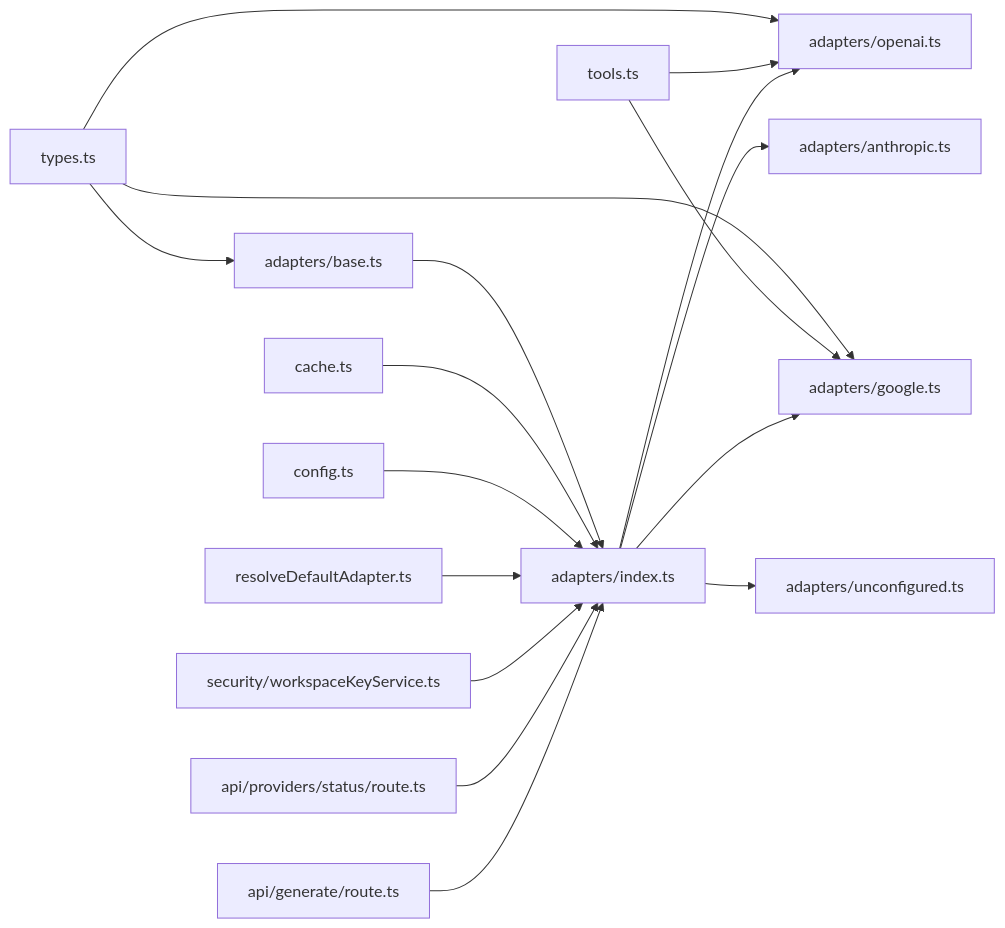
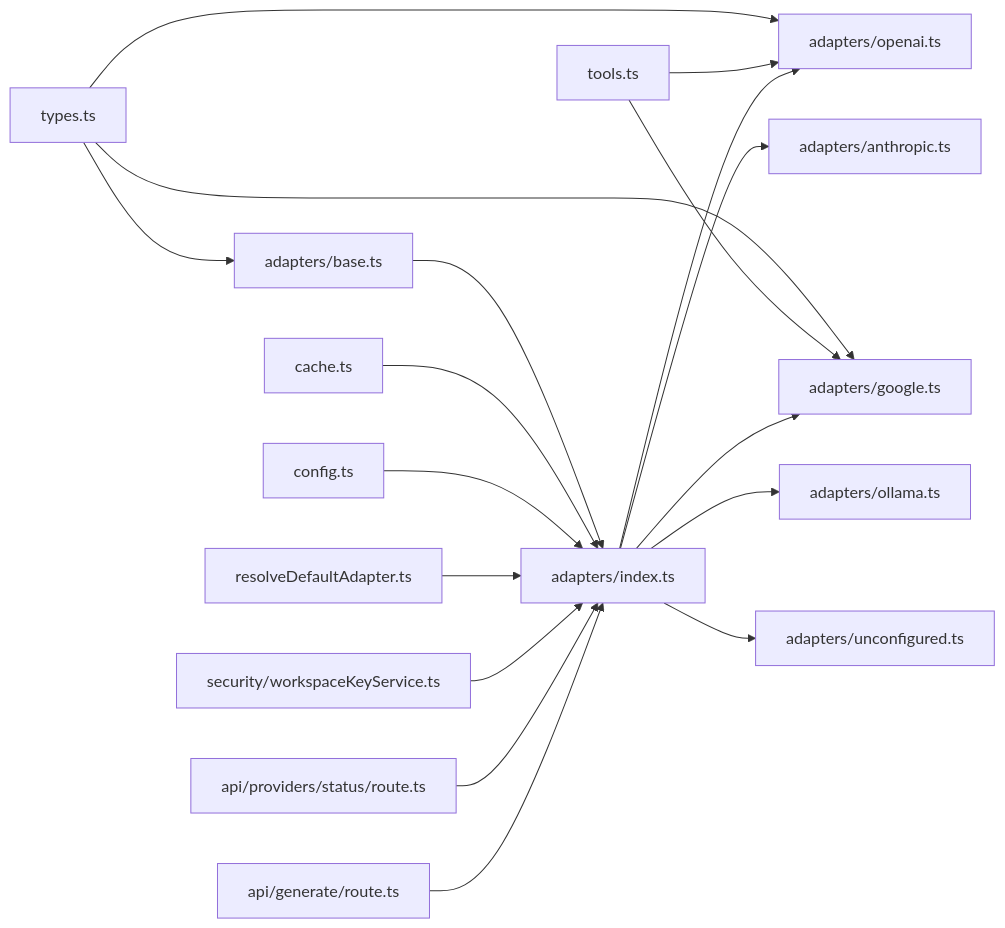
One commit to shekhargiri005-dotcom/AI-powered-accessibility-first-UI-engine changed the tenth of 10 diagrams in .qoder/repowiki/en/content/Architecture & Design/Layered Architecture/Business Logic Layer/AI Provider Adapter System.md. Above: the diagram before and after it, drawn with Mermaid. The commit also changed other lines of this file and 20 other files, not shown here.

````diff
--- a/.qoder/repowiki/en/content/Architecture & Design/Layered Architecture/Business Logic Layer/AI Provider Adapter System.md
+++ b/.qoder/repowiki/en/content/Architecture & Design/Layered Architecture/Business Logic Layer/AI Provider Adapter System.md
@@ -466,19 +494,20 @@
 ```mermaid
 graph LR
 TYPES["types.ts"] --> BASE["adapters/base.ts"]
 TYPES --> OA["adapters/openai.ts"]
 TYPES --> GA["adapters/google.ts"]
 TOOLS["tools.ts"] --> OA
 TOOLS --> GA
 BASE --> IDX["adapters/index.ts"]
 CACHE["cache.ts"] --> IDX
 IDX --> OA
 IDX --> AA["adapters/anthropic.ts"]
 IDX --> GA
+IDX --> OLA["adapters/ollama.ts"]
 IDX --> UCA["adapters/unconfigured.ts"]
 CFG["config.ts"] --> IDX
 RDA["resolveDefaultAdapter.ts"] --> IDX
 WK["security/workspaceKeyService.ts"] --> IDX
 PS["api/providers/status/route.ts"] --> IDX
 GR["api/generate/route.ts"] --> IDX
 ```
````
